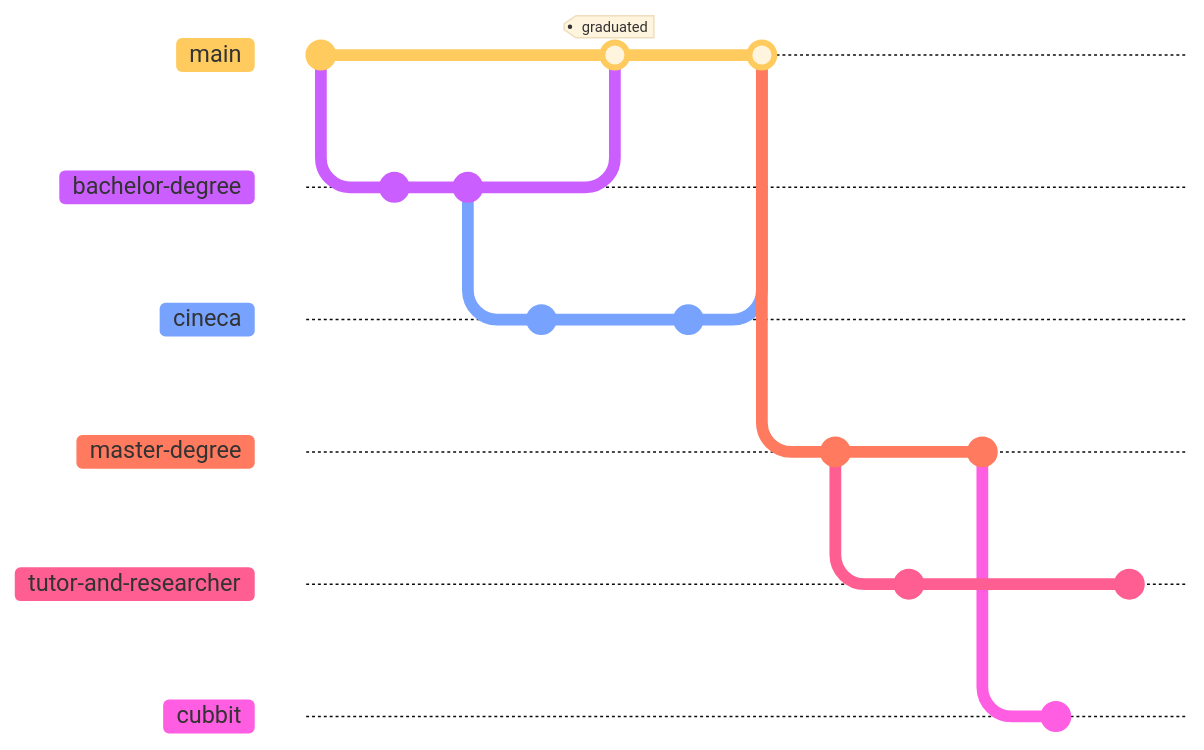
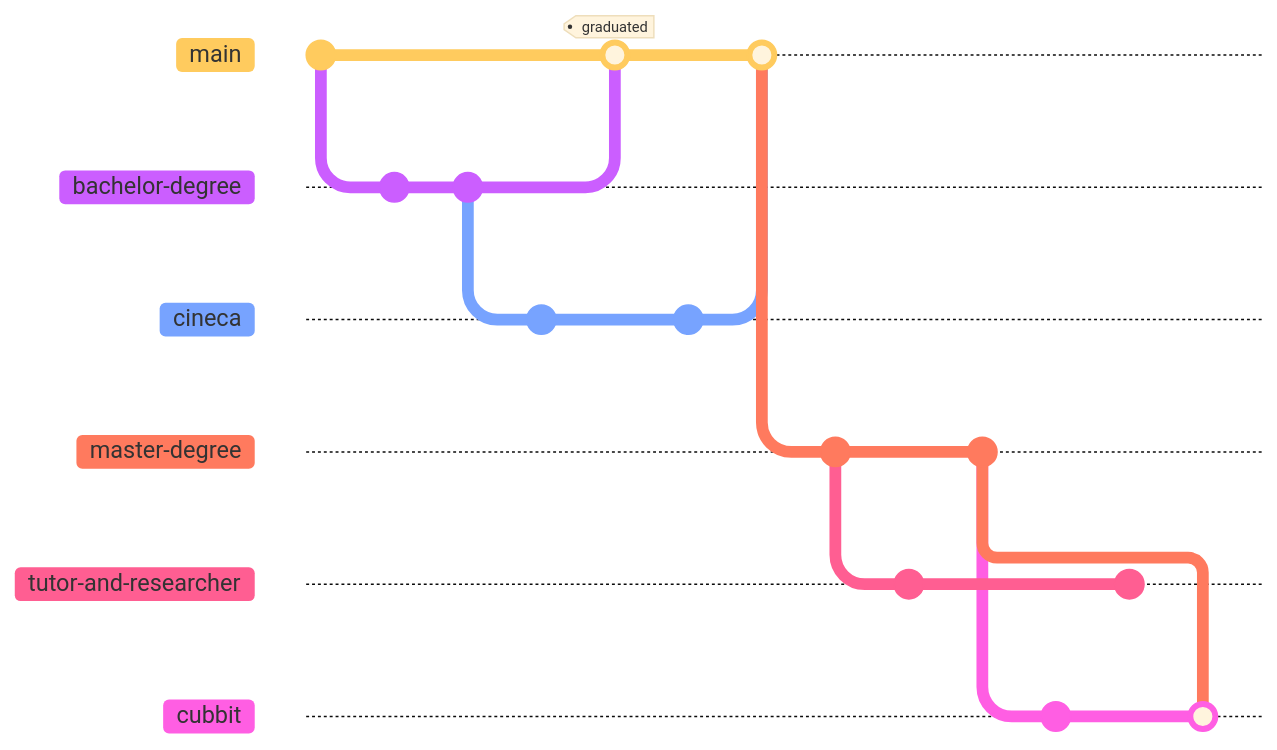
One commit to micheledinelli/micheledinelli.github.io changed the diagram in content/about/index.md. Above: the diagram before and after it, drawn with Mermaid. The commit also changed other lines of this file and 7 other files, not shown here. Commit ids are hidden.

```diff
--- a/content/about/index.md
+++ b/content/about/index.md
@@ -15,33 +15,36 @@
 {{< mermaid >}}
 
 %%{init: { 'logLevel': 'debug', 'theme': 'base', 'gitGraph': {'showBranches': true}} }%%
 gitGraph
 commit
 branch bachelor-degree
 commit id: "first-year"
 commit id: "second-year"
 branch cineca
 commit
 checkout main
 merge bachelor-degree tag: "graduated"
 checkout cineca
 commit
 checkout main
 merge cineca
 
 branch master-degree
 checkout master-degree
 commit
 
 branch tutor-and-researcher
 commit
 
 checkout master-degree
 commit
 
 branch cubbit
 commit
 
 checkout tutor-and-researcher
 commit
+
+checkout cubbit
+merge master-degree
 {{< /mermaid >}}
```
